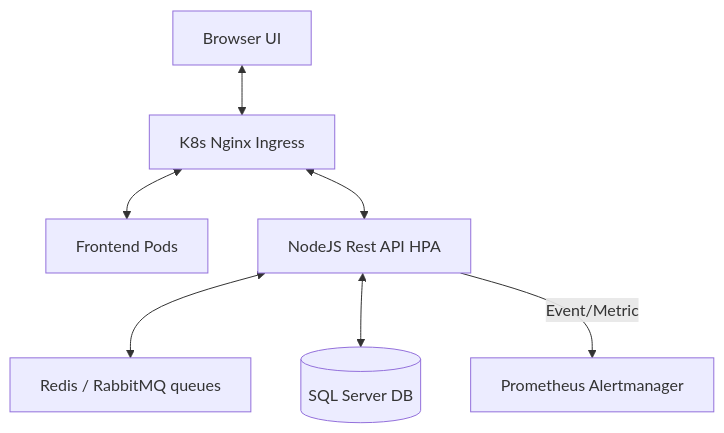
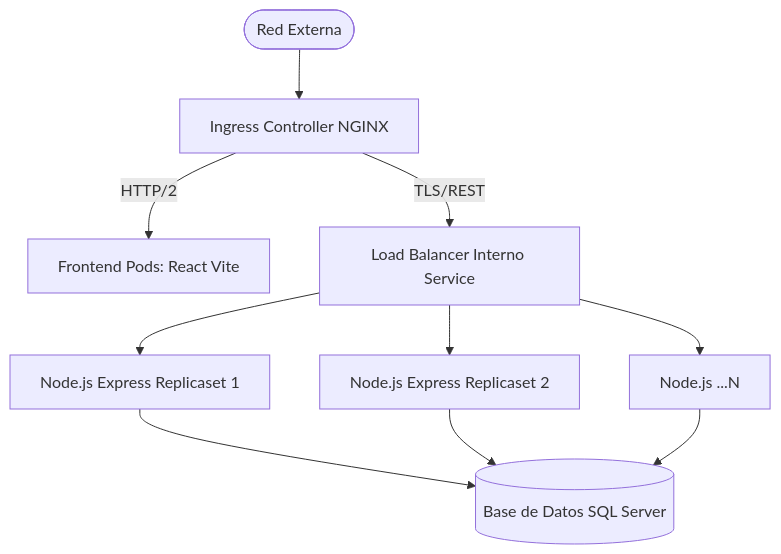
The second of 2 diagrams in docs/ARCHITECTURE.md (blackhout12-bot/Sistema-StockPro), drawn with Mermaid before and after one commit. The commit also changed other lines of this file and 4 other files, not shown here.

Commit message:
docs: arquitectura, roadmap y reproducibilidad

````diff
--- a/docs/ARCHITECTURE.md
+++ b/docs/ARCHITECTURE.md
@@ -27,9 +44,14 @@
 ```mermaid
-graph TD
-    Client[Browser UI] <--> Ingress[K8s Nginx Ingress]
-    Ingress <--> Frontend[Frontend Pods]
-    Ingress <--> BackendAPI[NodeJS Rest API HPA]
-    BackendAPI <--> Cache[Redis / RabbitMQ queues]
-    BackendAPI <--> DB[(SQL Server DB)]
-    BackendAPI -- Event/Metric --> Prom[Prometheus Alertmanager]
+flowchart TD
+    Internet([Red Externa]) --> Ingress[Ingress Controller NGINX]
+    Ingress -- HTTP/2 --> FE[Frontend Pods: React Vite]
+    Ingress -- TLS/REST --> LB[Load Balancer Interno Service]
+    
+    LB --> NodeEx1[Node.js Express Replicaset 1]
+    LB --> NodeEx2[Node.js Express Replicaset 2]
+    LB --> NodeExN[Node.js ...N]
+    
+    NodeEx1 --> MSSQL[(Base de Datos SQL Server)]
+    NodeEx2 --> MSSQL
+    NodeExN --> MSSQL
 ```
````
